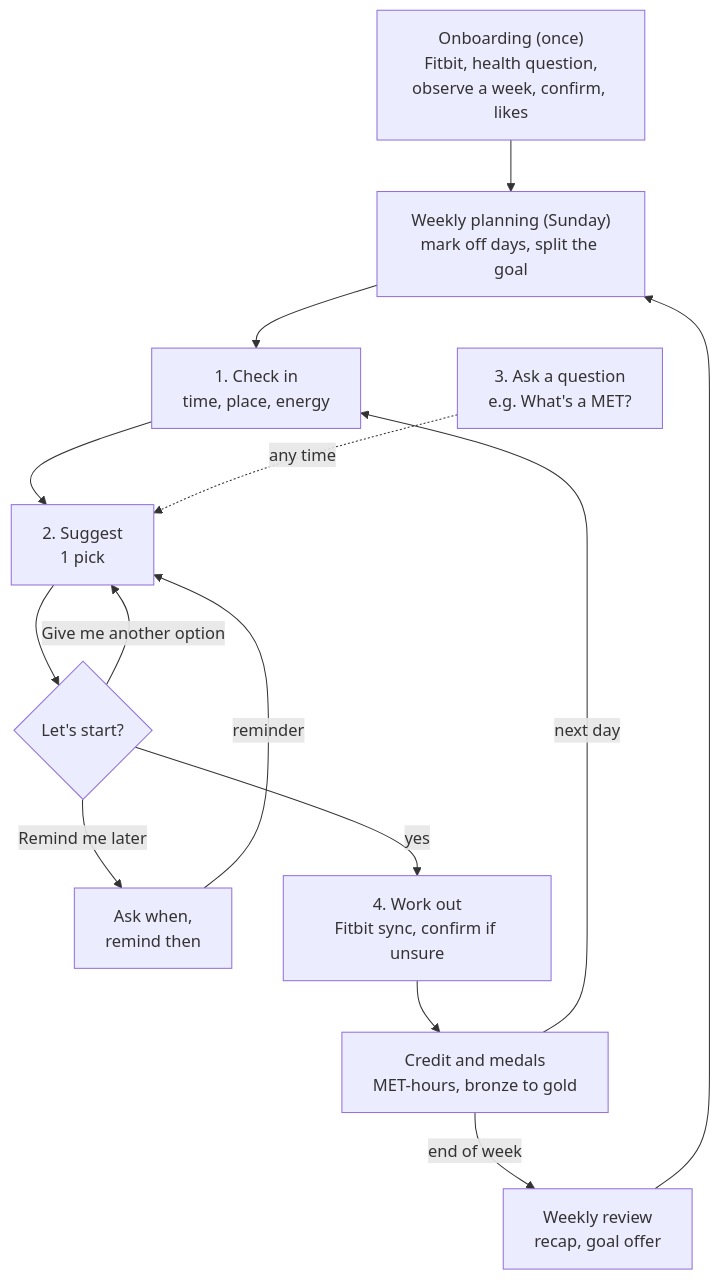
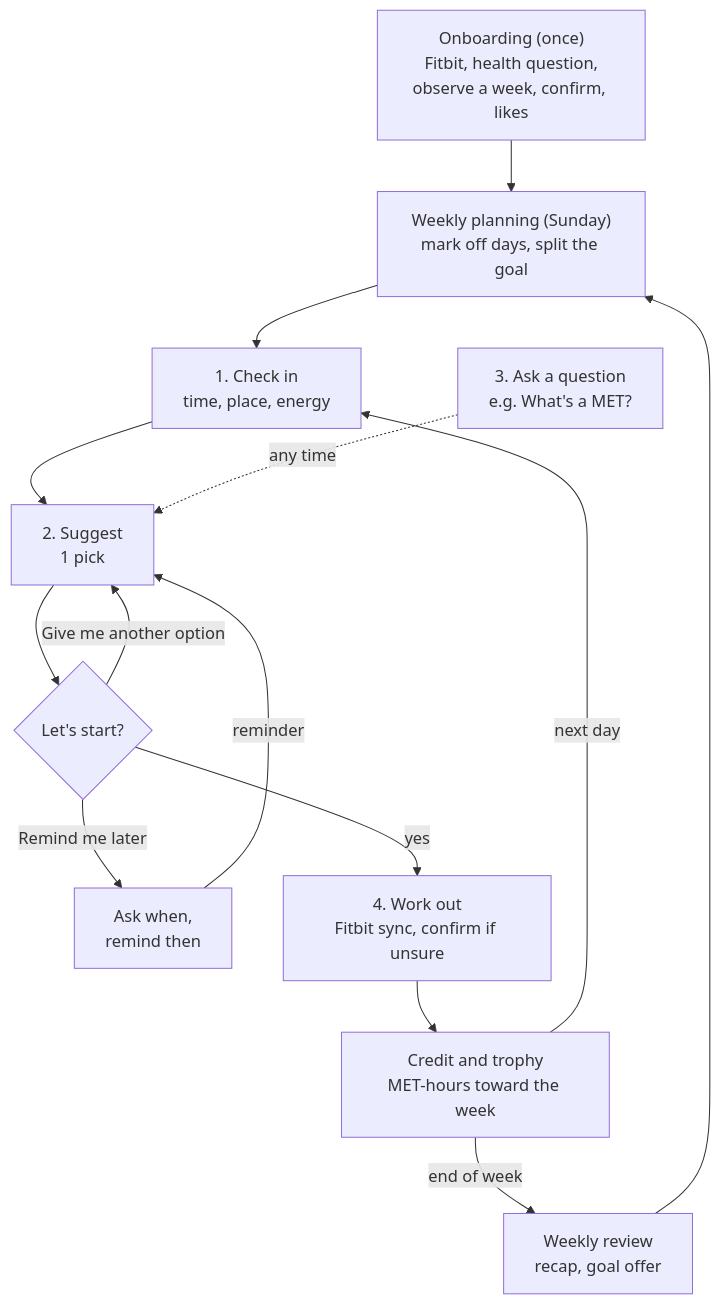
One commit to JarvisTseCA/personal-health-agent changed the diagram in README.md. Above: the diagram before and after it, drawn with Mermaid. The commit also changed other lines of this file and 45 other files, not shown here.

````diff
--- a/README.md
+++ b/README.md
@@ -166,16 +203,16 @@
 ```mermaid
 flowchart TD
     A["Onboarding (once)<br/>Fitbit, health question,<br/>observe a week, confirm, likes"] --> B["Weekly planning (Sunday)<br/>mark off days, split the goal"]
     B --> C["1. Check in<br/>time, place, energy"]
     C --> D["2. Suggest<br/>1 pick"]
     D --> E{Let's start?}
     E -- "Give me another option" --> D
     E -- "Remind me later" --> F["Ask when,<br/>remind then"]
     F -- "reminder" --> D
     Q["3. Ask a question<br/>e.g. What's a MET?"] -. "any time" .-> D
     E -- yes --> G["4. Work out<br/>Fitbit sync, confirm if unsure"]
-    G --> H["Credit and medals<br/>MET-hours, bronze to gold"]
+    G --> H["Credit and trophy<br/>MET-hours toward the week"]
     H -- "next day" --> C
     H -- "end of week" --> R["Weekly review<br/>recap, goal offer"]
     R --> B
 ```
````
